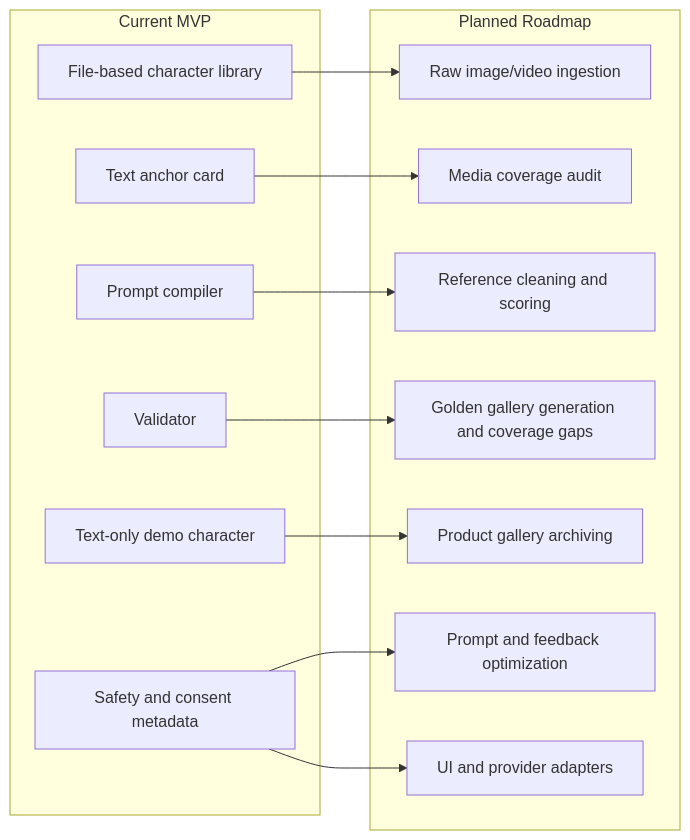
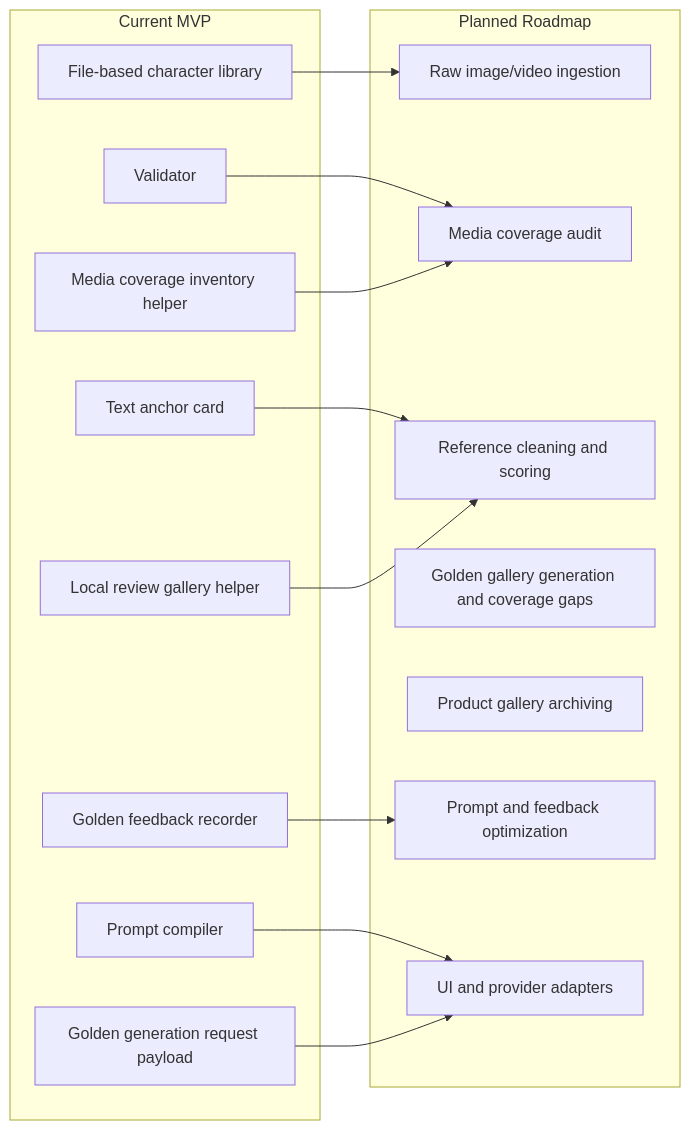
The diagram in README.md (xiaoweihu339-afk/character-anchor-skill), drawn with Mermaid before and after one commit. The commit also changed other lines of this file and 23 other files, not shown here.

Commit message:
Release v0.3 media-first character anchor workflow

````diff
--- a/README.md
+++ b/README.md
@@ -44,29 +60,32 @@
 ```mermaid
 flowchart LR
   subgraph MVP["Current MVP"]
     A["File-based character library"]
     B["Text anchor card"]
     C["Prompt compiler"]
     D["Validator"]
-    E["Text-only demo character"]
-    F["Safety and consent metadata"]
+    E["Media coverage inventory helper"]
+    F["Local review gallery helper"]
+    N["Golden generation request payload"]
+    O["Golden feedback recorder"]
   end
 
   subgraph Planned["Planned Roadmap"]
     G["Raw image/video ingestion"]
     H["Media coverage audit"]
     I["Reference cleaning and scoring"]
     J["Golden gallery generation and coverage gaps"]
     K["Product gallery archiving"]
     L["Prompt and feedback optimization"]
     M["UI and provider adapters"]
   end
 
   A --> G
-  B --> H
-  C --> I
-  D --> J
-  E --> K
-  F --> L
-  F --> M
+  B --> I
+  C --> M
+  D --> H
+  E --> H
+  F --> I
+  N --> M
+  O --> L
 ```
````
